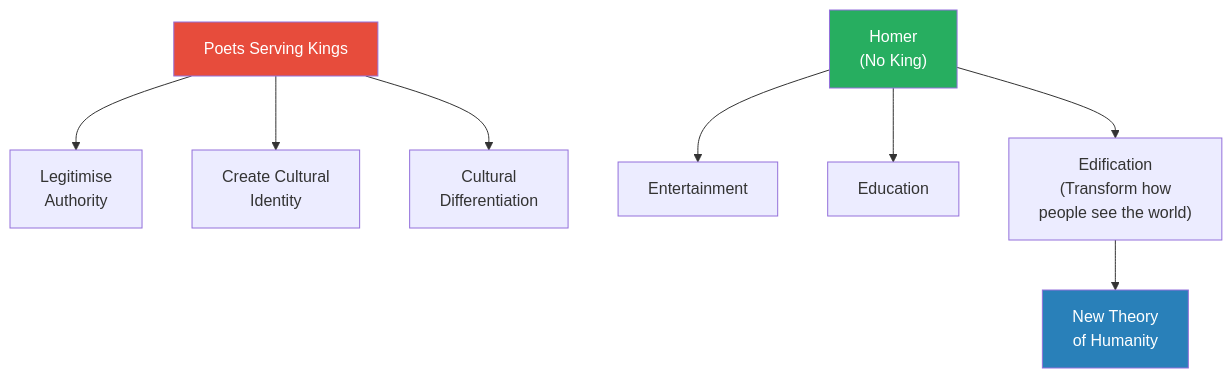
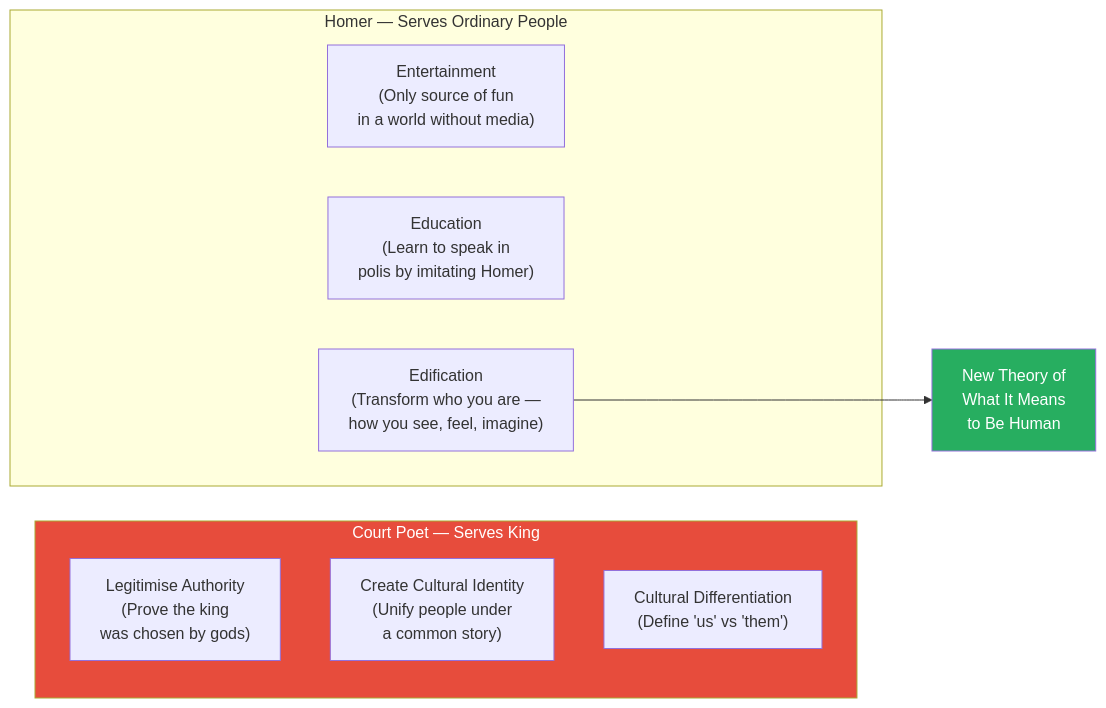
Before and after one commit to alius33/reader: the fourth of 7 diagrams in summaries/Lectures/Civilization/07 - Homer's Iliad and the Birth of Greek Civilization.md, drawn with Mermaid. The commit also changed other lines of this file and 26 other files, not shown here.

````diff
--- a/summaries/Lectures/Civilization/07 - Homer's Iliad and the Birth of Greek Civilization.md
+++ b/summaries/Lectures/Civilization/07 - Homer's Iliad and the Birth of Greek Civilization.md
@@ -332,13 +213,16 @@
 ```mermaid
-flowchart TB
-    KP["Poets Serving Kings"] --> L["Legitimise<br/>Authority"]
-    KP --> CI["Create Cultural<br/>Identity"]
-    KP --> CD["Cultural<br/>Differentiation"]
-    HP["Homer<br/>(No King)"] --> E["Entertainment"]
-    HP --> ED["Education"]
-    HP --> EDF["Edification<br/>(Transform how<br/>people see the world)"]
-    EDF --> NTH["New Theory<br/>of Humanity"]
-    style KP fill:#e74c3c,color:#fff
-    style HP fill:#27ae60,color:#fff
-    style NTH fill:#2980b9,color:#fff
+flowchart LR
+    subgraph Court["Court Poet — Serves King"]
+        K1["Legitimise Authority<br/>(Prove the king<br/>was chosen by gods)"]
+        K2["Create Cultural Identity<br/>(Unify people under<br/>a common story)"]
+        K3["Cultural Differentiation<br/>(Define 'us' vs 'them')"]
+    end
+    subgraph Free["Homer — Serves Ordinary People"]
+        H1["Entertainment<br/>(Only source of fun<br/>in a world without media)"]
+        H2["Education<br/>(Learn to speak in<br/>polis by imitating Homer)"]
+        H3["Edification<br/>(Transform who you are —<br/>how you see, feel, imagine)"]
+    end
+    H3 --> NT["New Theory of<br/>What It Means<br/>to Be Human"]
+    style Court fill:#e74c3c,color:#fff
+    style NT fill:#27ae60,color:#fff
 ```
````
